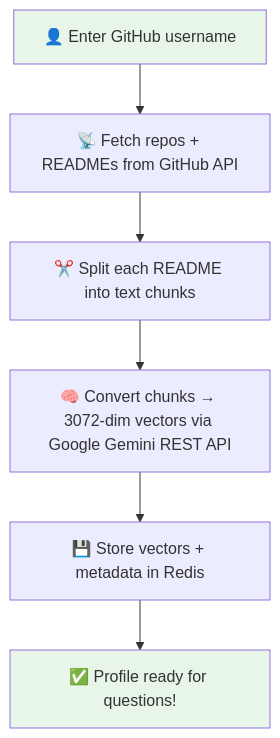
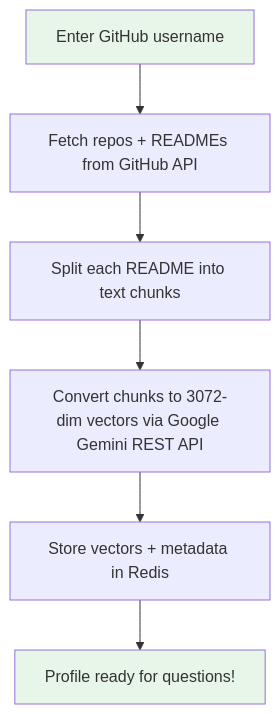
One commit to mujeebmasi/redis-rag changed the second of 7 diagrams in README.md. Above: the diagram before and after it, drawn with Mermaid. The commit also changed other lines of this file, not shown here.

````diff
--- a/README.md
+++ b/README.md
@@ -52,11 +52,11 @@
 ```mermaid
 graph TD
-    A["👤 Enter GitHub username"] --> B["📡 Fetch repos + READMEs from GitHub API"]
-    B --> C["✂️ Split each README into text chunks"]
-    C --> D["🧠 Convert chunks → 3072-dim vectors via Google Gemini REST API"]
-    D --> E["💾 Store vectors + metadata in Redis"]
-    E --> F["✅ Profile ready for questions!"]
+    A["Enter GitHub username"] --> B["Fetch repos + READMEs from GitHub API"]
+    B --> C["Split each README into text chunks"]
+    C --> D["Convert chunks to 3072-dim vectors via Google Gemini REST API"]
+    D --> E["Store vectors + metadata in Redis"]
+    E --> F["Profile ready for questions!"]
 
     style A fill:#e8f5e9
     style F fill:#e8f5e9
 ```
````
